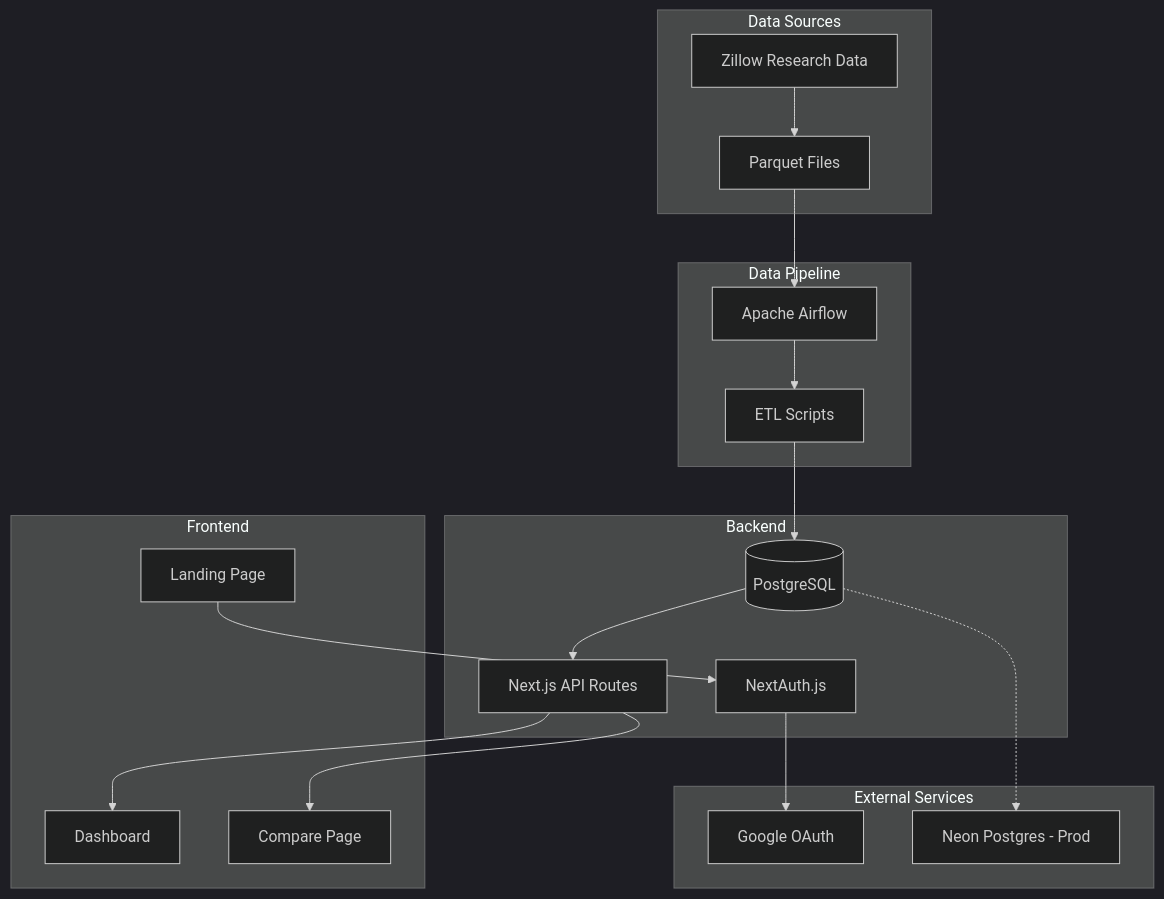
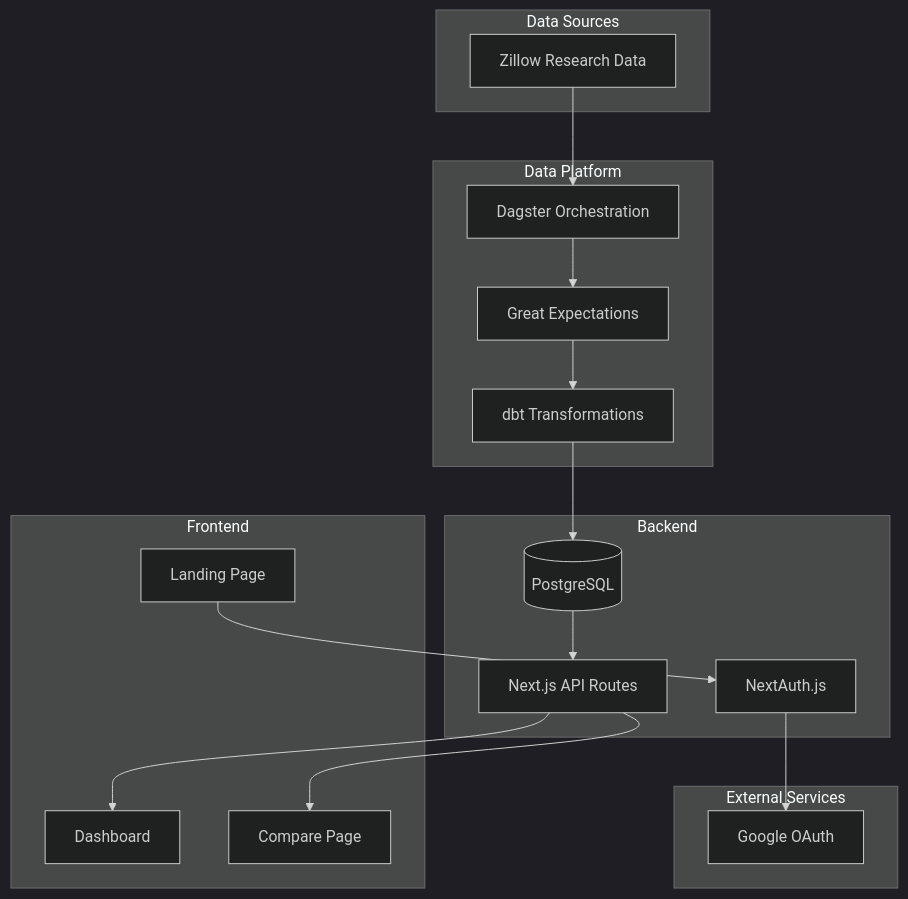
One commit to HousingIQ/housingiq-app changed the diagram in docs/01-overview.md. Above: the diagram before and after it, drawn with Mermaid (dark theme). The commit also changed other lines of this file and 62 other files, not shown here.

Commit message:
add data platform, monorepo set up, documentations

````diff
--- a/docs/01-overview.md
+++ b/docs/01-overview.md
@@ -16,40 +16,38 @@
 ```mermaid
 graph TB
     subgraph "Data Sources"
         Z[Zillow Research Data]
-        P[Parquet Files]
     end
 
-    subgraph "Data Pipeline"
-        A[Apache Airflow]
-        E[ETL Scripts]
+    subgraph "Data Platform"
+        DAG[Dagster Orchestration]
+        DBT[dbt Transformations]
+        GX[Great Expectations]
     end
 
     subgraph "Backend"
         DB[(PostgreSQL)]
         API[Next.js API Routes]
         AUTH[NextAuth.js]
     end
 
     subgraph "Frontend"
         LP[Landing Page]
         DASH[Dashboard]
         COMP[Compare Page]
     end
 
     subgraph "External Services"
         G[Google OAuth]
-        N[Neon Postgres - Prod]
     end
 
-    Z --> P
-    P --> A
-    A --> E
-    E --> DB
+    Z --> DAG
+    DAG --> GX
+    GX --> DBT
+    DBT --> DB
     DB --> API
     API --> DASH
     API --> COMP
     AUTH --> G
     LP --> AUTH
-    DB -.-> N
 ```
````
